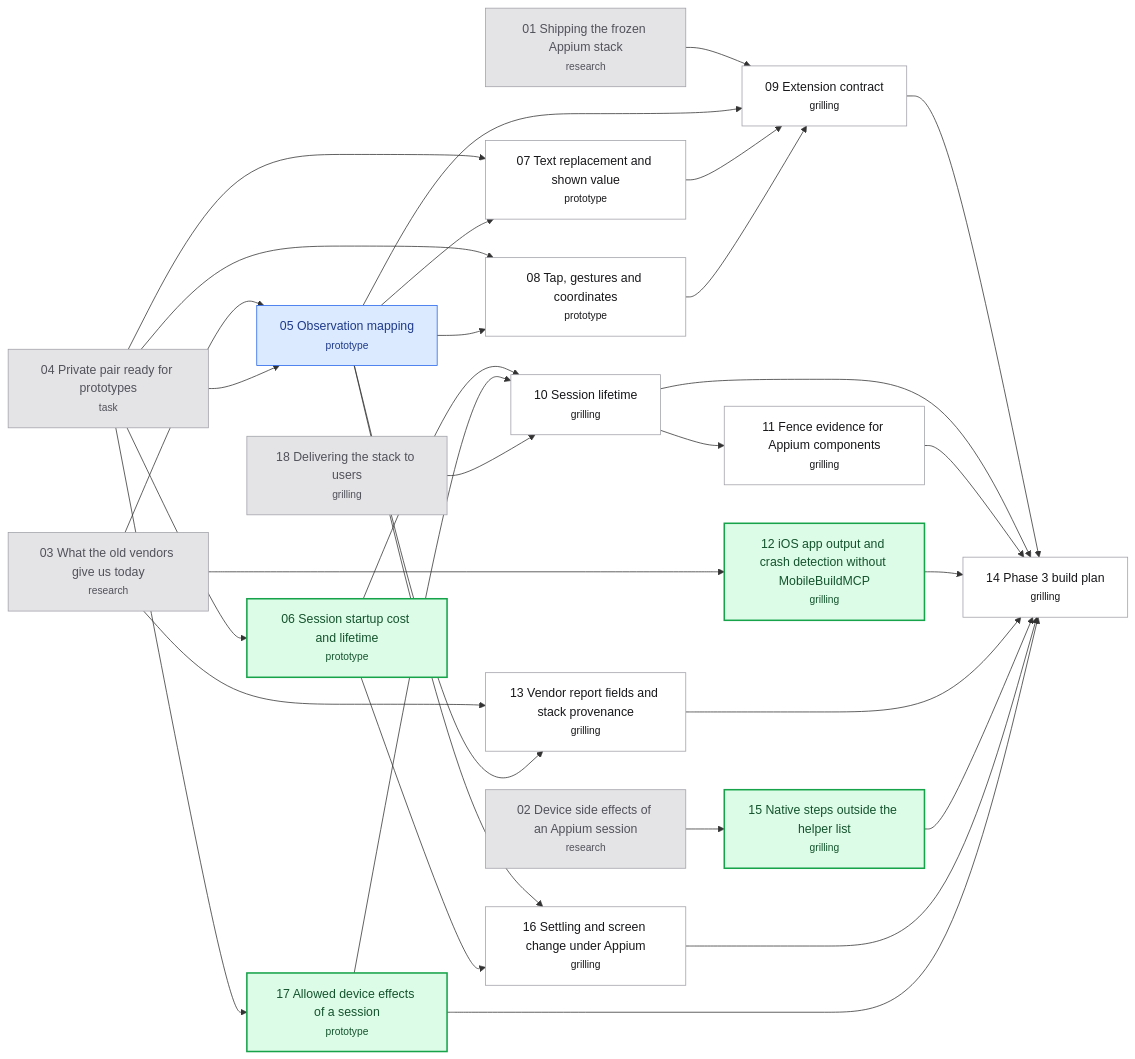
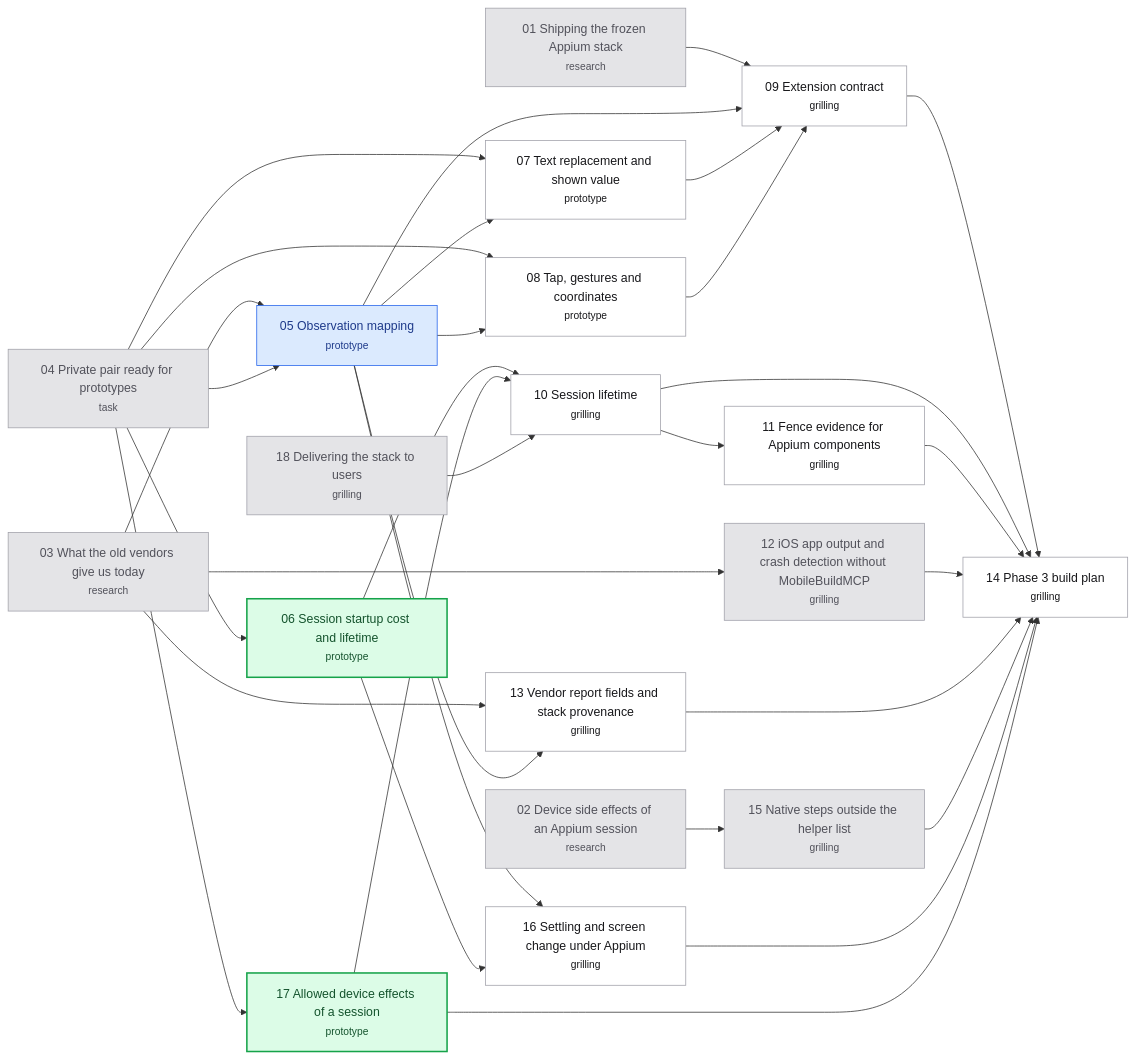
One commit to hugues-vnsgn/jev-ios-bridge changed the diagram in .scratch/appium-phase3/map.md. Above: the diagram before and after it, drawn with Mermaid. The commit also changed other lines of this file and 5 other files, not shown here.

````diff
--- a/.scratch/appium-phase3/map.md
+++ b/.scratch/appium-phase3/map.md
@@ -77,59 +79,59 @@
 ```mermaid
 flowchart LR
     T01["01 Shipping the frozen Appium stack<br/><small>research</small>"]
     T02["02 Device side effects of an Appium session<br/><small>research</small>"]
     T03["03 What the old vendors give us today<br/><small>research</small>"]
     T04["04 Private pair ready for prototypes<br/><small>task</small>"]
     T05["05 Observation mapping<br/><small>prototype</small>"]
     T06["06 Session startup cost and lifetime<br/><small>prototype</small>"]
     T07["07 Text replacement and shown value<br/><small>prototype</small>"]
     T08["08 Tap, gestures and coordinates<br/><small>prototype</small>"]
     T09["09 Extension contract<br/><small>grilling</small>"]
     T10["10 Session lifetime<br/><small>grilling</small>"]
     T11["11 Fence evidence for Appium components<br/><small>grilling</small>"]
     T12["12 iOS app output and crash detection without MobileBuildMCP<br/><small>grilling</small>"]
     T13["13 Vendor report fields and stack provenance<br/><small>grilling</small>"]
     T14["14 Phase 3 build plan<br/><small>grilling</small>"]
     T15["15 Native steps outside the helper list<br/><small>grilling</small>"]
     T16["16 Settling and screen change under Appium<br/><small>grilling</small>"]
     T17["17 Allowed device effects of a session<br/><small>prototype</small>"]
     T18["18 Delivering the stack to users<br/><small>grilling</small>"]
     T03 --> T05
     T04 --> T05
     T04 --> T06
     T04 --> T07
     T05 --> T07
     T04 --> T08
     T05 --> T08
     T01 --> T09
     T05 --> T09
     T07 --> T09
     T08 --> T09
     T06 --> T10
     T17 --> T10
     T18 --> T10
     T10 --> T11
     T03 --> T12
     T03 --> T13
     T05 --> T13
     T09 --> T14
     T10 --> T14
     T11 --> T14
     T12 --> T14
     T13 --> T14
     T15 --> T14
     T16 --> T14
     T17 --> T14
     T02 --> T15
     T05 --> T16
     T06 --> T16
     T04 --> T17
     classDef resolved fill:#e4e4e7,stroke:#a1a1aa,color:#52525b
     classDef claimed fill:#dbeafe,stroke:#2563eb,color:#1e3a8a
     classDef frontier fill:#dcfce7,stroke:#16a34a,color:#14532d,stroke-width:2px
     classDef blocked fill:#ffffff,stroke:#a1a1aa,color:#18181b
-    class T01,T02,T03,T04,T18 resolved
+    class T01,T02,T03,T04,T12,T15,T18 resolved
     class T05 claimed
-    class T06,T12,T15,T17 frontier
+    class T06,T17 frontier
     class T07,T08,T09,T10,T11,T13,T14,T16 blocked
 ```
````
